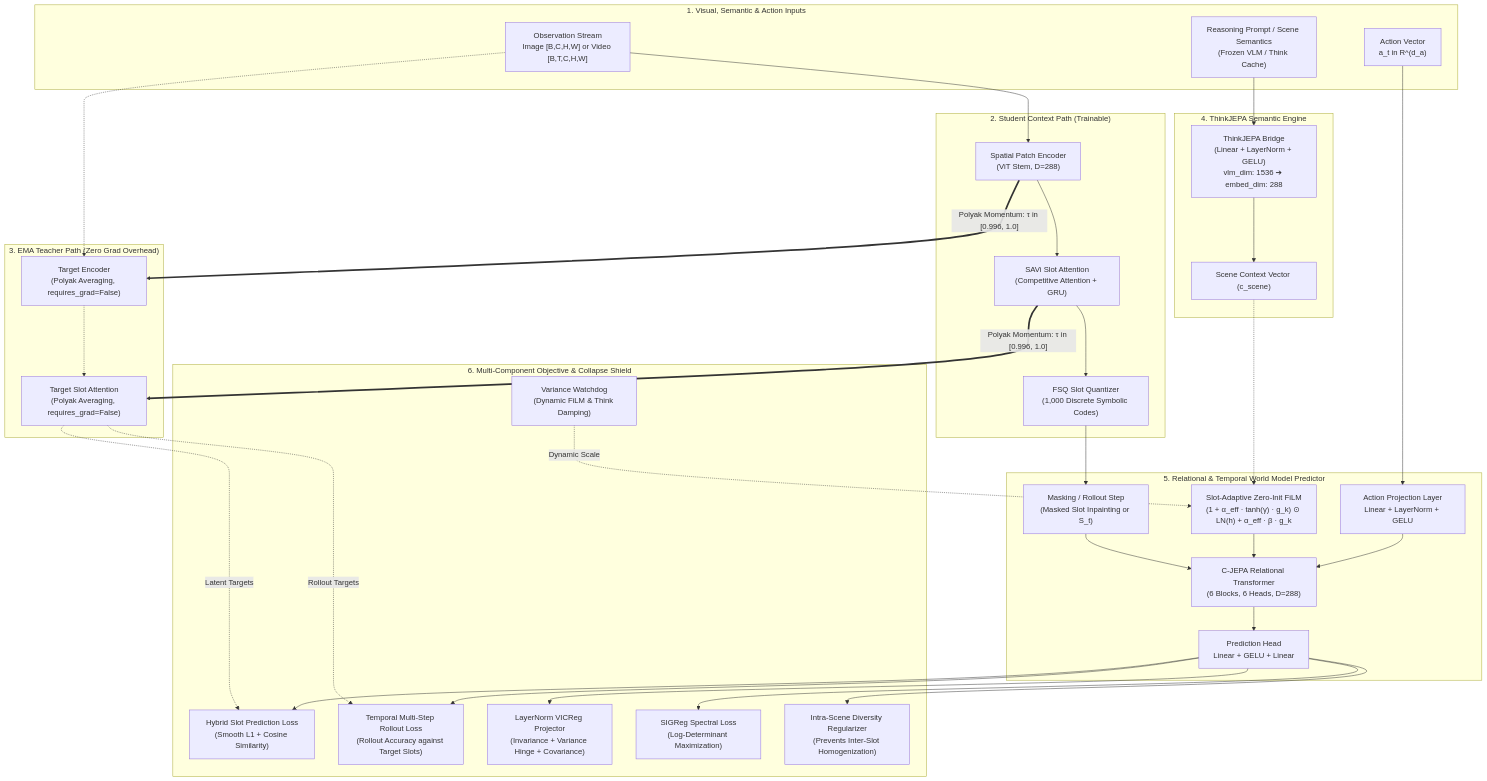
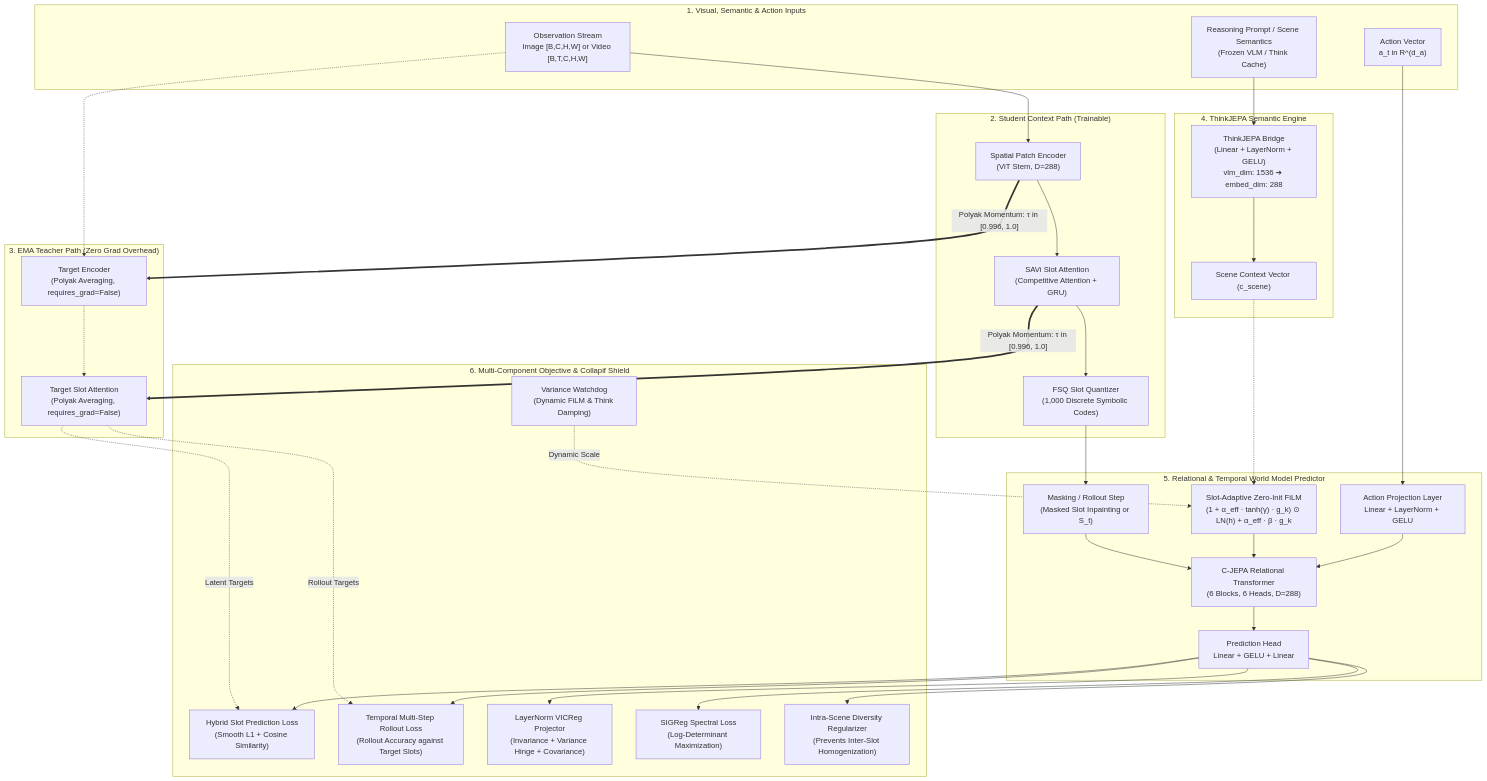
The first of 2 diagrams in README.md (johnknevescarrijo/Noema-JEPAv1), drawn with Mermaid before and after one commit. The commit also changed other lines of this file, not shown here.

````diff
--- a/README.md
+++ b/README.md
@@ -38,70 +38,70 @@
 ```mermaid
 flowchart TD
     subgraph INPUT ["1. Visual, Semantic & Action Inputs"]
         X["Observation Stream<br/>Image [B,C,H,W] or Video [B,T,C,H,W]"]
         VLM_IN["Reasoning Prompt / Scene Semantics<br/>(Frozen VLM / Think Cache)"]
         ACT["Action Vector<br/>a_t in R^(d_a)"]
     end
 
     subgraph STUDENT ["2. Student Context Path (Trainable)"]
         SPE_S["Spatial Patch Encoder<br/>(ViT Stem, D=288)"]
         SLOT_S["SAVi Slot Attention<br/>(Competitive Attention + GRU)"]
         FSQ["FSQ Slot Quantizer<br/>(1,000 Discrete Symbolic Codes)"]
         
         X --> SPE_S
         SPE_S --> SLOT_S
         SLOT_S --> FSQ
     end
 
     subgraph TEACHER ["3. EMA Teacher Path (Zero Grad Overhead)"]
         SPE_T["Target Encoder<br/>(Polyak Averaging, requires_grad=False)"]
         SLOT_T["Target Slot Attention<br/>(Polyak Averaging, requires_grad=False)"]
         
         X -.-> SPE_T
         SPE_T -.-> SLOT_T
         SPE_S == "Polyak Momentum: τ in [0.996, 1.0]" ==> SPE_T
         SLOT_S == "Polyak Momentum: τ in [0.996, 1.0]" ==> SLOT_T
     end
 
     subgraph BRIDGE ["4. ThinkJEPA Semantic Engine"]
         BRIDGE_MOD["ThinkJEPA Bridge<br/>(Linear + LayerNorm + GELU)<br/>vlm_dim: 1536 ➔ embed_dim: 288"]
         C_SCENE["Scene Context Vector (c_scene)"]
         
         VLM_IN --> BRIDGE_MOD
         BRIDGE_MOD --> C_SCENE
     end
 
     subgraph PREDICTOR ["5. Relational & Temporal World Model Predictor"]
         MASK["Masking / Rollout Step<br/>(Masked Slot Inpainting or S_t)"]
         REL_TRANS["C-JEPA Relational Transformer<br/>(6 Blocks, 6 Heads, D=288)"]
         FILM["Slot-Adaptive Zero-Init FiLM<br/>(1 + α_eff · tanh(γ) · g_k) ⊙ LN(h) + α_eff · β · g_k"]
         ACT_PROJ["Action Projection Layer<br/>Linear + LayerNorm + GELU"]
         PRED_HEAD["Prediction Head<br/>Linear + GELU + Linear"]
         
         FSQ --> MASK
         ACT --> ACT_PROJ
         ACT_PROJ --> REL_TRANS
         C_SCENE -.-> FILM
         FILM --> REL_TRANS
         MASK --> REL_TRANS
         REL_TRANS --> PRED_HEAD
     end
 
-    subgraph REGULARIZATION ["6. Multi-Component Objective & Collapse Shield"]
+    subgraph REGULARIZATION ["6. Multi-Component Objective & Collapif Shield"]
         L_PRED["Hybrid Slot Prediction Loss<br/>(Smooth L1 + Cosine Similarity)"]
         L_TEMP["Temporal Multi-Step Rollout Loss<br/>(Rollout Accuracy against Target Slots)"]
         VICREG["LayerNorm VICReg Projector<br/>(Invariance + Variance Hinge + Covariance)"]
         SIGREG["SIGReg Spectral Loss<br/>(Log-Determinant Maximization)"]
         L_INTRA["Intra-Scene Diversity Regularizer<br/>(Prevents Inter-Slot Homogenization)"]
         WATCHDOG["Variance Watchdog<br/>(Dynamic FiLM & Think Damping)"]
 
         PRED_HEAD --> L_PRED
         PRED_HEAD --> L_TEMP
         SLOT_T -. Latent Targets .-> L_PRED
         SLOT_T -. Rollout Targets .-> L_TEMP
         PRED_HEAD --> VICREG
         PRED_HEAD --> SIGREG
         PRED_HEAD --> L_INTRA
         WATCHDOG -. Dynamic Scale .-> FILM
     end
 ```
````
